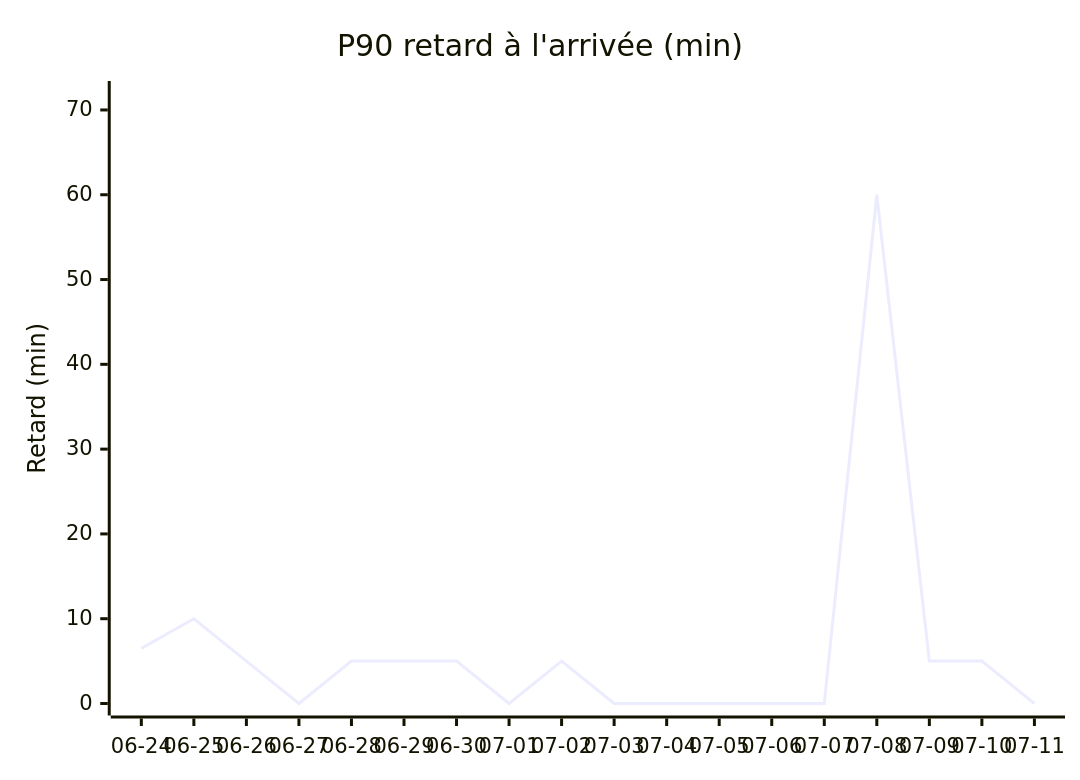
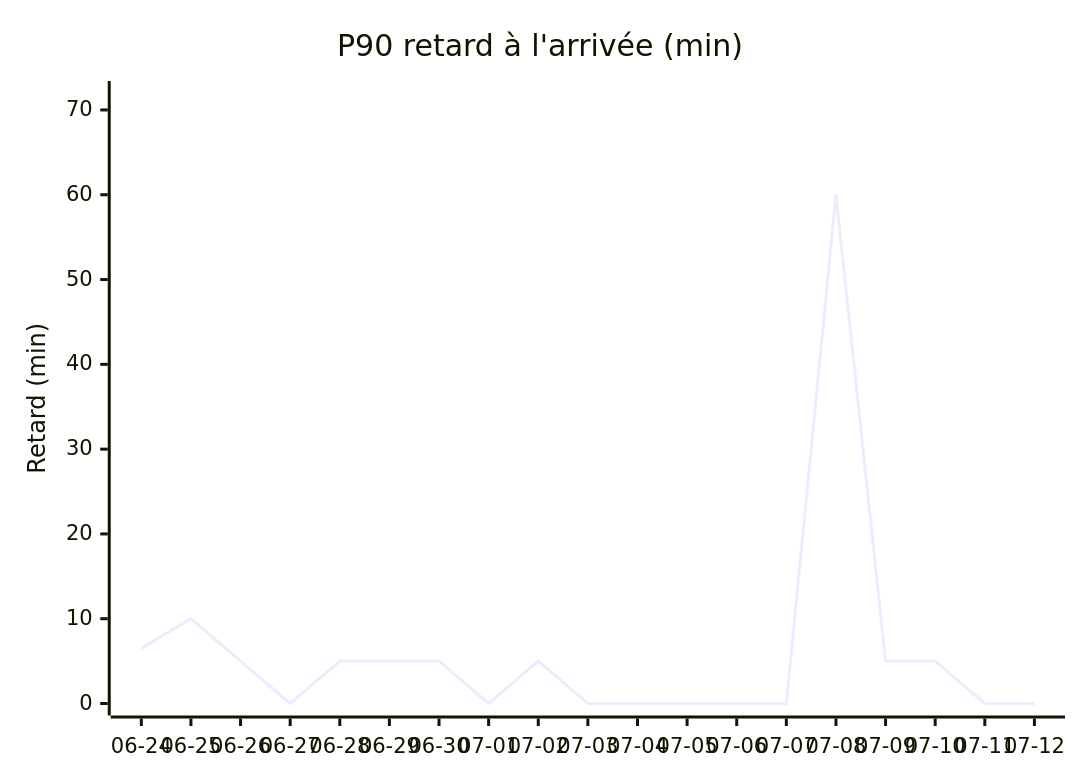
Before and after one commit to antoinerep/horaire-ter: the first of 4 diagrams in STATS.md, drawn with Mermaid. The commit also changed other lines of this file and 1 other file, not shown here.

````diff
--- a/STATS.md
+++ b/STATS.md
@@ -29,7 +29,7 @@
 ```mermaid
 xychart-beta
     title "P90 retard à l'arrivée (min)"
-    x-axis ["06-24", "06-25", "06-26", "06-27", "06-28", "06-29", "06-30", "07-01", "07-02", "07-03", "07-04", "07-05", "07-06", "07-07", "07-08", "07-09", "07-10", "07-11"]
+    x-axis ["06-24", "06-25", "06-26", "06-27", "06-28", "06-29", "06-30", "07-01", "07-02", "07-03", "07-04", "07-05", "07-06", "07-07", "07-08", "07-09", "07-10", "07-11", "07-12"]
     y-axis "Retard (min)" 0 --> 72
-    line [6.5, 10.0, 5.0, 0.0, 5.0, 5.0, 5.0, 0.0, 5.0, 0.0, 0.0, 0.0, 0.0, 0.0, 60.0, 5.0, 5.0, 0.0]
+    line [6.5, 10.0, 5.0, 0.0, 5.0, 5.0, 5.0, 0.0, 5.0, 0.0, 0.0, 0.0, 0.0, 0.0, 60.0, 5.0, 5.0, 0.0, 0.0]
 ```
````
